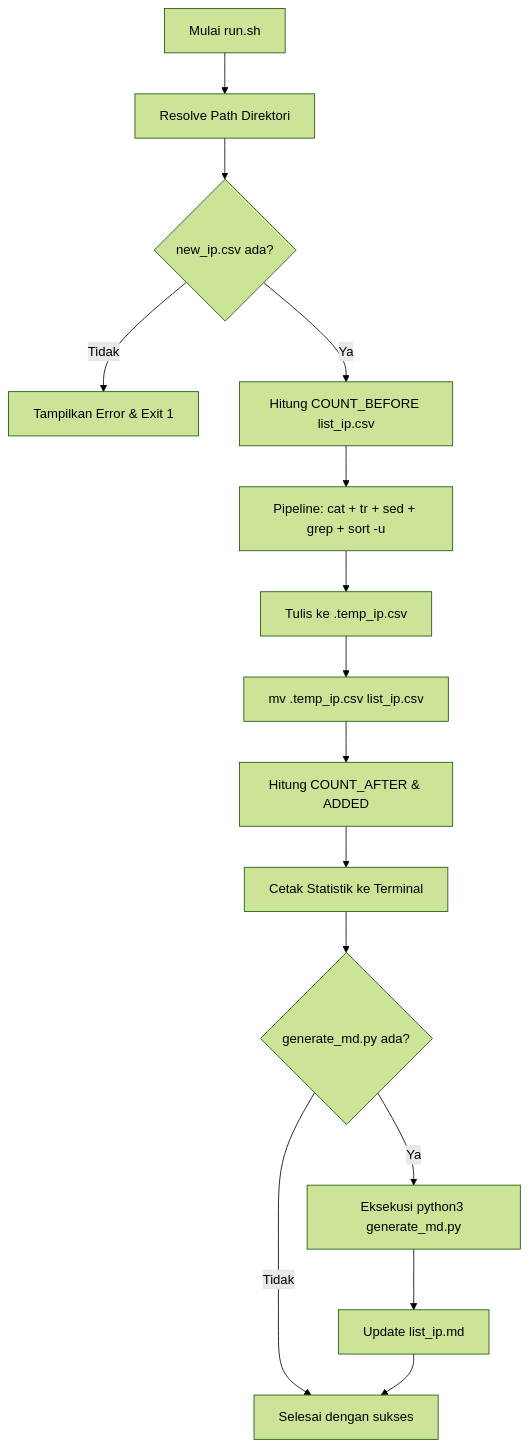
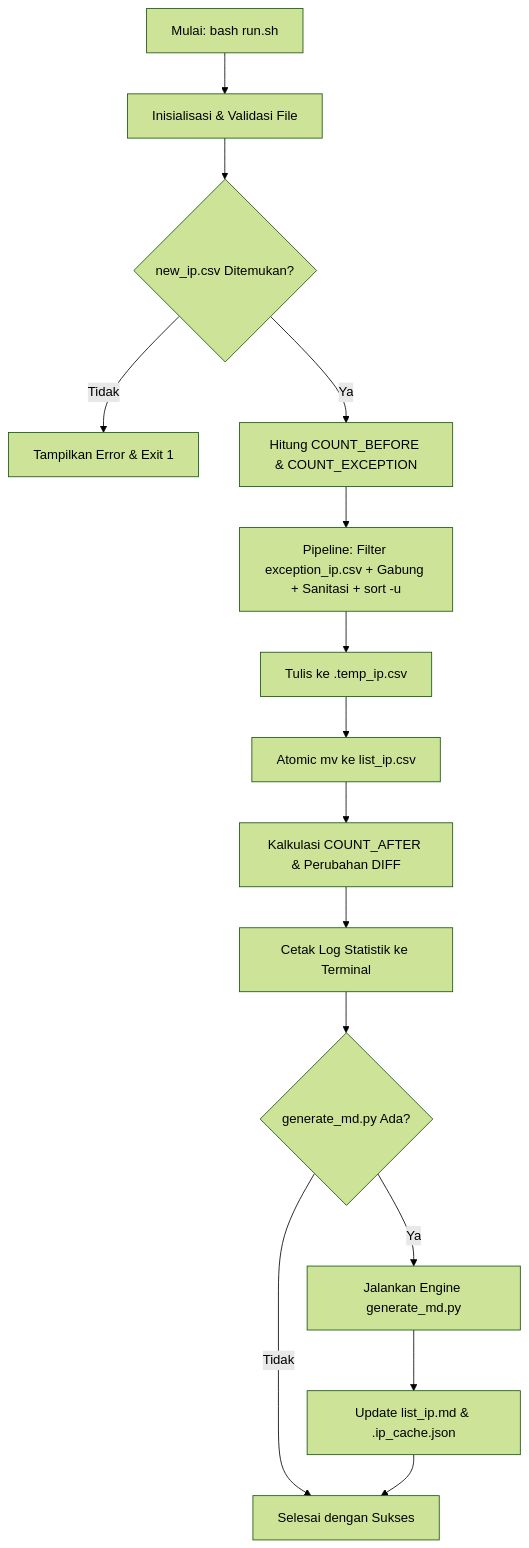
Before and after one commit to blawoblowa/blackened: the diagram in README.md, drawn with Mermaid (forest theme). The commit also changed other lines of this file and 4 other files, not shown here.

````diff
--- a/README.md
+++ b/README.md
@@ -82,17 +123,17 @@
 ```mermaid
 flowchart TD
-    A[Mulai run.sh] --> B[Resolve Path Direktori]
-    B --> C{new_ip.csv ada?}
+    A[Mulai: bash run.sh] --> B[Inisialisasi & Validasi File]
+    B --> C{new_ip.csv Ditemukan?}
     C -- Tidak --> D[Tampilkan Error & Exit 1]
-    C -- Ya --> E[Hitung COUNT_BEFORE list_ip.csv]
-    E --> F[Pipeline: cat + tr + sed + grep + sort -u]
+    C -- Ya --> E[Hitung COUNT_BEFORE & COUNT_EXCEPTION]
+    E --> F[Pipeline: Filter exception_ip.csv + Gabung + Sanitasi + sort -u]
     F --> G[Tulis ke .temp_ip.csv]
-    G --> H[mv .temp_ip.csv list_ip.csv]
-    H --> I[Hitung COUNT_AFTER & ADDED]
-    I --> J[Cetak Statistik ke Terminal]
-    J --> K{generate_md.py ada?}
-    K -- Ya --> L[Eksekusi python3 generate_md.py]
-    L --> M[Update list_ip.md]
+    G --> H[Atomic mv ke list_ip.csv]
+    H --> I[Kalkulasi COUNT_AFTER & Perubahan DIFF]
+    I --> J[Cetak Log Statistik ke Terminal]
+    J --> K{generate_md.py Ada?}
+    K -- Ya --> L[Jalankan Engine generate_md.py]
+    L --> M[Update list_ip.md & .ip_cache.json]
     K -- Tidak --> N[Selesai]
-    M --> N[Selesai dengan sukses]
+    M --> N[Selesai dengan Sukses]
 ```
````
